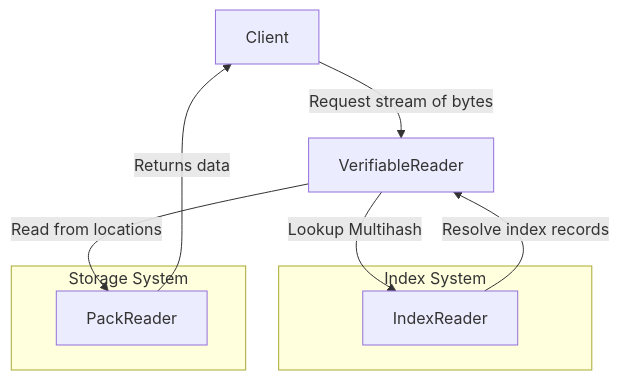
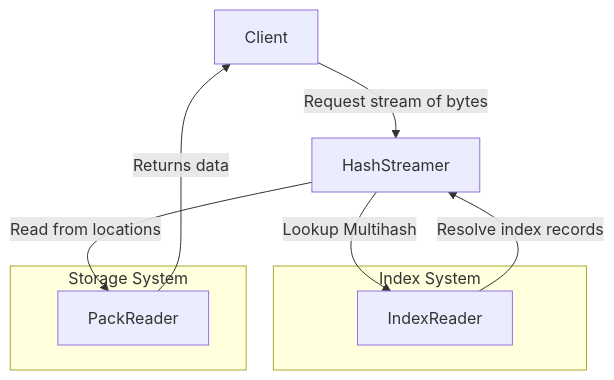
Before and after one commit to vasco-santos/hash-stream: the diagram in specs/index.md, drawn with Mermaid. The commit also changed other lines of this file, not shown here.

Commit message:
docs: spec index with hash streamer correct name (#101)

````diff
--- a/specs/index.md
+++ b/specs/index.md
@@ -123,16 +123,16 @@
 ```mermaid
 graph TD;
-    Client -->|Request stream of bytes| VerifiableReader;
-    VerifiableReader -->|Lookup Multihash| IndexReader;
-    IndexReader -->|Resolve index records| VerifiableReader;
-    VerifiableReader -->|Read from locations| PackReader;
+    Client -->|Request stream of bytes| HashStreamer;
+    HashStreamer -->|Lookup Multihash| IndexReader;
+    IndexReader -->|Resolve index records| HashStreamer;
+    HashStreamer -->|Read from locations| PackReader;
     PackReader -->|Returns data| Client;
 
     subgraph Index System
         IndexReader
     end
 
     subgraph Storage System
         PackReader
     end
 ```
````
